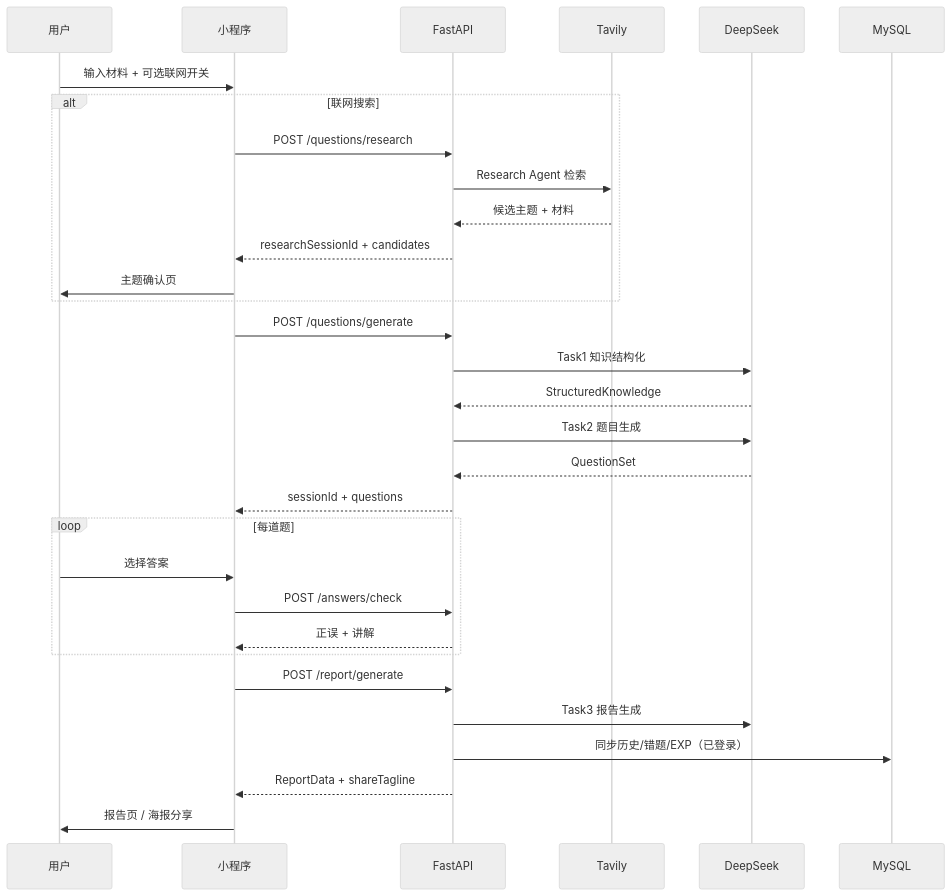
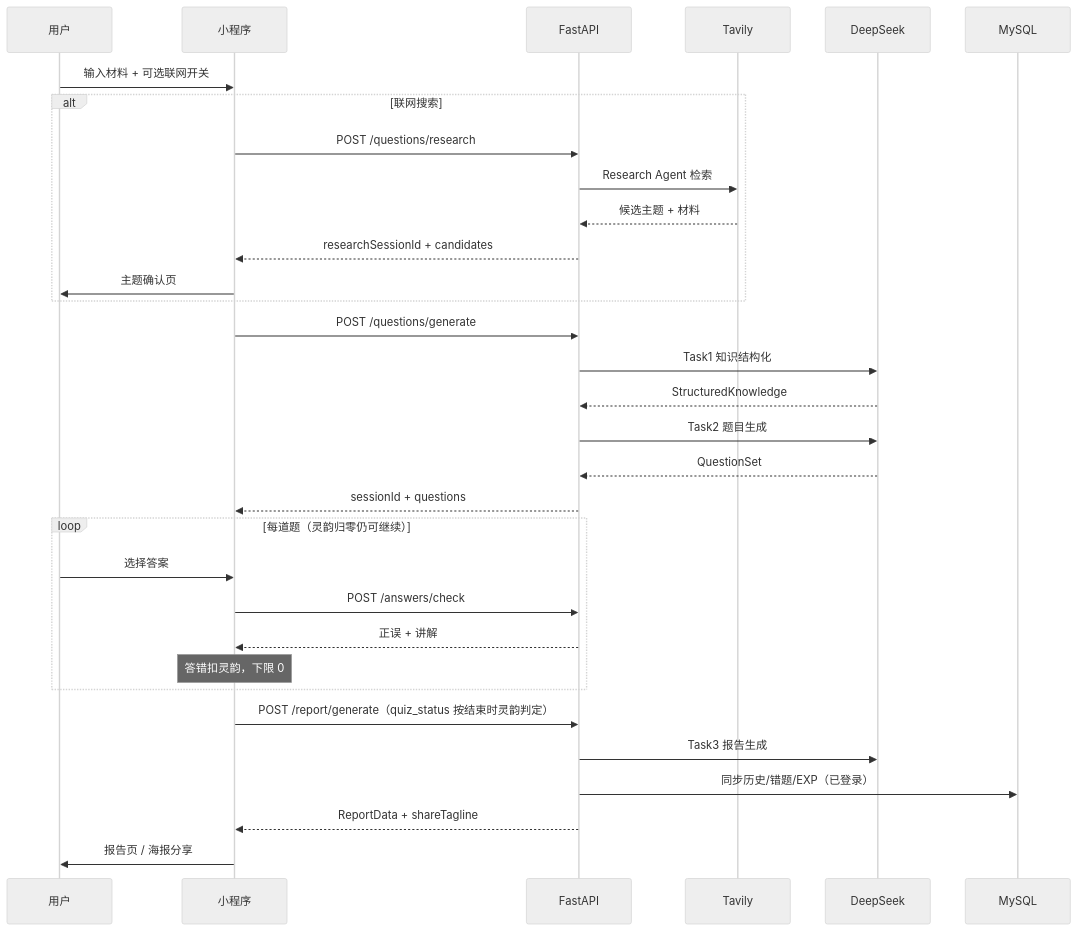
The second of 3 diagrams in docs/over/AI炼金--方案设计.md (Lingou2077/ai-alchemy), drawn with Mermaid (neutral theme) before and after one commit. The commit also changed other lines of this file and 2 other files, not shown here.

````diff
--- a/docs/over/AI炼金--方案设计.md
+++ b/docs/over/AI炼金--方案设计.md
@@ -86,36 +86,37 @@
 ```mermaid
 sequenceDiagram
     participant U as 用户
     participant FE as 小程序
     participant API as FastAPI
     participant TV as Tavily
     participant DS as DeepSeek
     participant DB as MySQL
 
     U->>FE: 输入材料 + 可选联网开关
     alt 联网搜索
         FE->>API: POST /questions/research
         API->>TV: Research Agent 检索
         TV-->>API: 候选主题 + 材料
         API-->>FE: researchSessionId + candidates
         FE->>U: 主题确认页
     end
     FE->>API: POST /questions/generate
     API->>DS: Task1 知识结构化
     DS-->>API: StructuredKnowledge
     API->>DS: Task2 题目生成
     DS-->>API: QuestionSet
     API-->>FE: sessionId + questions
 
-    loop 每道题
+    loop 每道题（灵韵归零仍可继续）
         U->>FE: 选择答案
         FE->>API: POST /answers/check
         API-->>FE: 正误 + 讲解
+        Note over FE: 答错扣灵韵，下限 0
     end
 
-    FE->>API: POST /report/generate
+    FE->>API: POST /report/generate（quiz_status 按结束时灵韵判定）
     API->>DS: Task3 报告生成
     API->>DB: 同步历史/错题/EXP（已登录）
     API-->>FE: ReportData + shareTagline
     FE->>U: 报告页 / 海报分享
 ```
````
